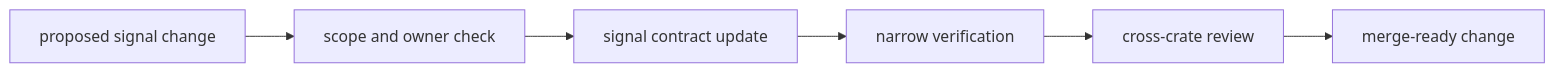
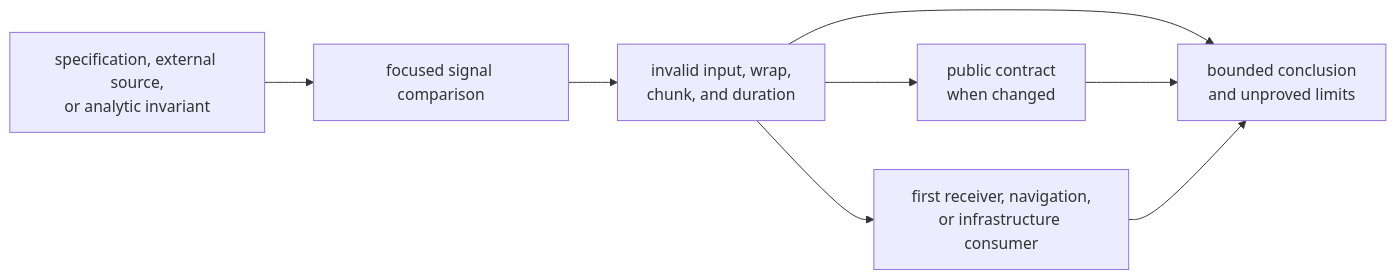
Before and after one commit to bijux/bijux-telecom: the second of 2 diagrams in docs/06-bijux-gnss-signal/operations/index.md, drawn with Mermaid. The commit also changed other lines of this file and 1 other file, not shown here.

Commit message:
docs(signal): qualify reference evidence and reproducibility

````diff
--- a/docs/06-bijux-gnss-signal/operations/index.md
+++ b/docs/06-bijux-gnss-signal/operations/index.md
@@ -17,11 +62,13 @@
 ```mermaid
 flowchart LR
-    change["proposed signal change"]
-    scope["scope and owner check"]
-    docs["signal contract update"]
-    tests["narrow verification"]
-    review["cross-crate review"]
-    release["merge-ready change"]
+    authority["specification, external source,<br/>or analytic invariant"]
+    local["focused signal comparison"]
+    boundaries["invalid input, wrap,<br/>chunk, and duration"]
+    api["public contract<br/>when changed"]
+    consumer["first receiver, navigation,<br/>or infrastructure consumer"]
+    conclusion["bounded conclusion<br/>and unproved limits"]
 
-    change --> scope --> docs --> tests --> review --> release
+    authority --> local --> boundaries --> conclusion
+    boundaries --> api --> conclusion
+    boundaries --> consumer --> conclusion
 ```
````
